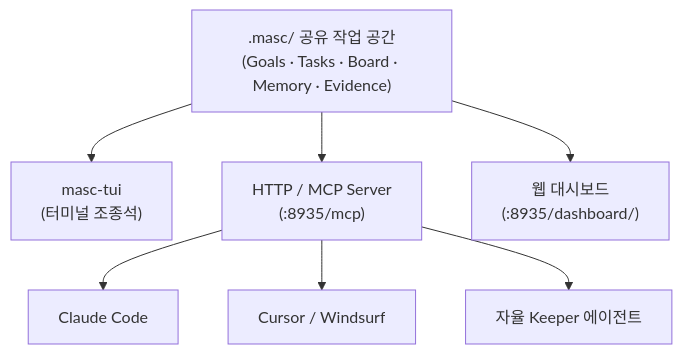
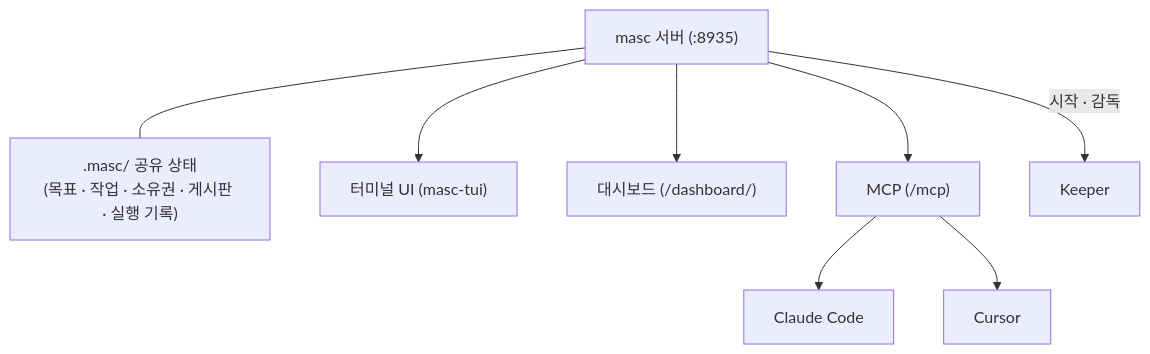
Before and after one commit to jeong-sik/masc: the diagram in docs-site/src/content/docs/ko/getting-started/overview.md, drawn with Mermaid. The commit also changed other lines of this file and 12 other files, not shown here.

````diff
--- a/docs-site/src/content/docs/ko/getting-started/overview.md
+++ b/docs-site/src/content/docs/ko/getting-started/overview.md
@@ -23,12 +16,13 @@
 ```mermaid
 flowchart TD
-    WS[".masc/ 공유 작업 공간<br/>(Goals · Tasks · Board · Memory · Evidence)"]
-    
-    WS --> TUI["masc-tui<br/>(터미널 조종석)"]
-    WS --> MCP["HTTP / MCP Server<br/>(:8935/mcp)"]
-    WS --> DASH["웹 대시보드<br/>(:8935/dashboard/)"]
-    
+    STORE[".masc/ 공유 상태<br/>(목표 · 작업 · 소유권 · 게시판 · 실행 기록)"]
+    SERVER["masc 서버 (:8935)"]
+
+    SERVER --- STORE
+    SERVER --> TUI["터미널 UI (masc-tui)"]
+    SERVER --> DASH["대시보드 (/dashboard/)"]
+    SERVER --> MCP["MCP (/mcp)"]
+    SERVER -->|시작 · 감독| K["Keeper"]
     MCP --> AG1["Claude Code"]
-    MCP --> AG2["Cursor / Windsurf"]
-    MCP --> AG3["자율 Keeper 에이전트"]
+    MCP --> AG2["Cursor"]
 ```
````
